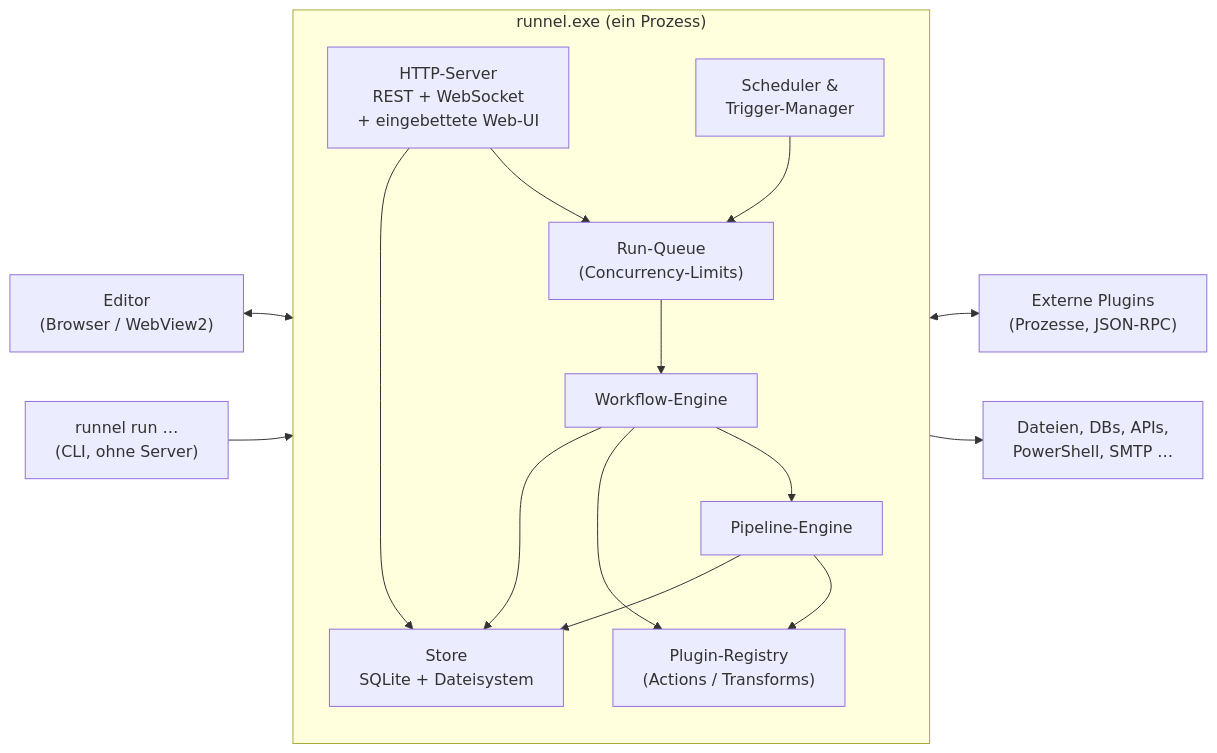
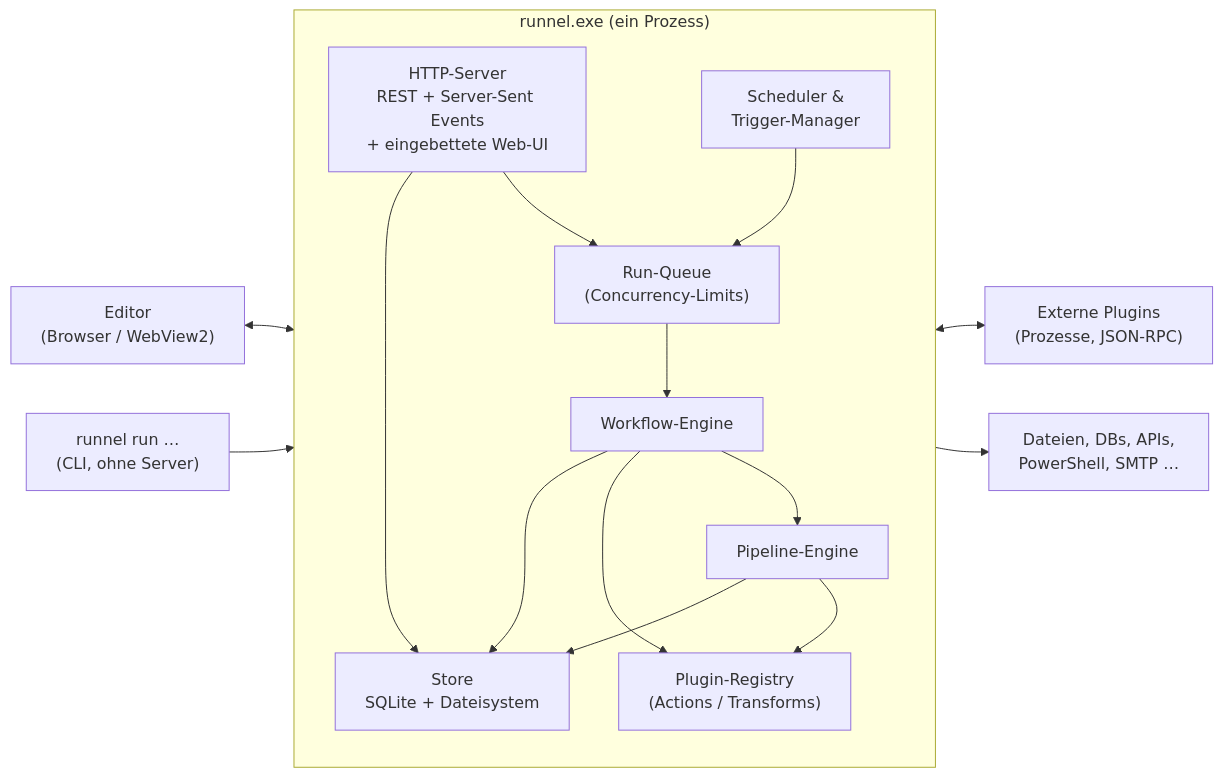
One commit to runnelhq/runnel changed the second of 4 diagrams in docs/KONZEPT.md. Above: the diagram before and after it, drawn with Mermaid. The commit also changed other lines of this file and 17 other files, not shown here.

First line of the commit message:
E3: run API and live events (server-sent events)

````diff
--- a/docs/KONZEPT.md
+++ b/docs/KONZEPT.md
@@ -220,26 +220,26 @@
 ```mermaid
 flowchart LR
     subgraph EXE["runnel.exe (ein Prozess)"]
         direction TB
-        API["HTTP-Server<br/>REST + WebSocket<br/>+ eingebettete Web-UI"]
+        API["HTTP-Server<br/>REST + Server-Sent Events<br/>+ eingebettete Web-UI"]
         SCHED["Scheduler &<br/>Trigger-Manager"]
         QUEUE["Run-Queue<br/>(Concurrency-Limits)"]
         WFE["Workflow-Engine"]
         PLE["Pipeline-Engine"]
         REG["Plugin-Registry<br/>(Actions / Transforms)"]
         STORE["Store<br/>SQLite + Dateisystem"]
         API --> QUEUE
         SCHED --> QUEUE
         QUEUE --> WFE
         WFE --> PLE
         WFE --> REG
         PLE --> REG
         WFE --> STORE
         PLE --> STORE
         API --> STORE
     end
     Browser["Editor<br/>(Browser / WebView2)"] <--> API
     CLI["runnel run …<br/>(CLI, ohne Server)"] --> WFE
     REG <--> EXT["Externe Plugins<br/>(Prozesse, JSON-RPC)"]
     WFE --> SYS["Dateien, DBs, APIs,<br/>PowerShell, SMTP …"]
 ```
````
